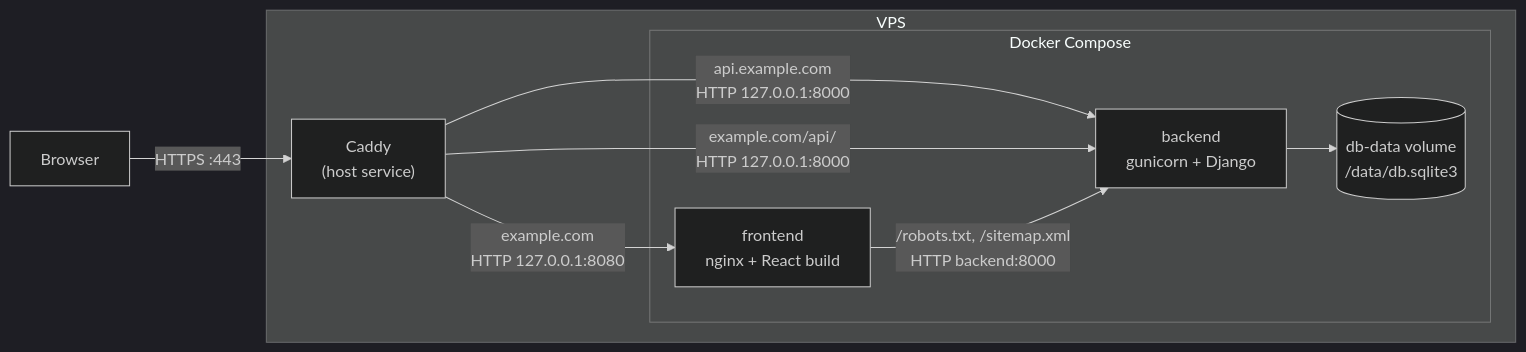
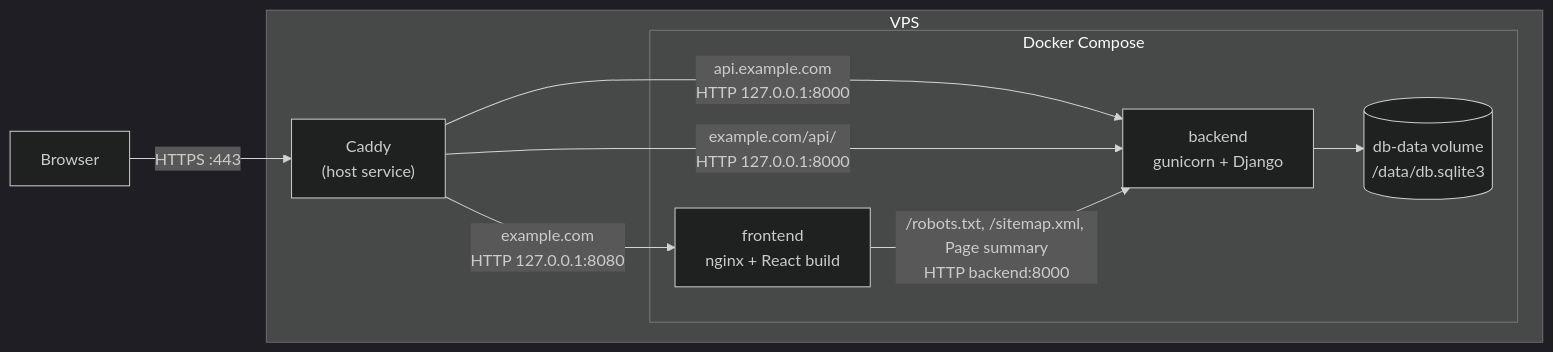
One commit to MrAleborg/portfolio changed the diagram in backend/docs/deployment.md. Above: the diagram before and after it, drawn with Mermaid (dark theme). The commit also changed other lines of this file and 4 other files, not shown here.

First line of the commit message:
feat(frontend): splice Home's Page summary into the shell with nginx

````diff
--- a/backend/docs/deployment.md
+++ b/backend/docs/deployment.md
@@ -18,13 +18,13 @@
 ```mermaid
 flowchart LR
     Browser -- "HTTPS :443" --> Caddy["Caddy<br>(host service)"]
     subgraph VPS
         Caddy -- "api.example.com<br>HTTP 127.0.0.1:8000" --> Backend
         Caddy -- "example.com<br>HTTP 127.0.0.1:8080" --> Frontend
         Caddy -- "example.com/api/<br>HTTP 127.0.0.1:8000" --> Backend
         subgraph Compose [Docker Compose]
             Backend["backend<br>gunicorn + Django"] --> DB[("db-data volume<br>/data/db.sqlite3")]
-            Frontend["frontend<br>nginx + React build"] -- "/robots.txt, /sitemap.xml<br>HTTP backend:8000" --> Backend
+            Frontend["frontend<br>nginx + React build"] -- "/robots.txt, /sitemap.xml, Page summary<br>HTTP backend:8000" --> Backend
         end
     end
 ```
````
